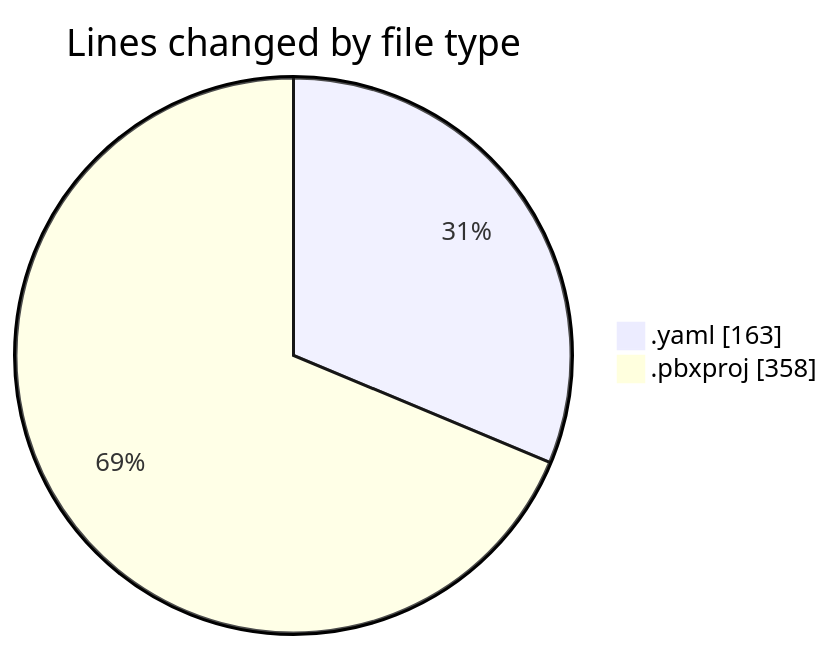
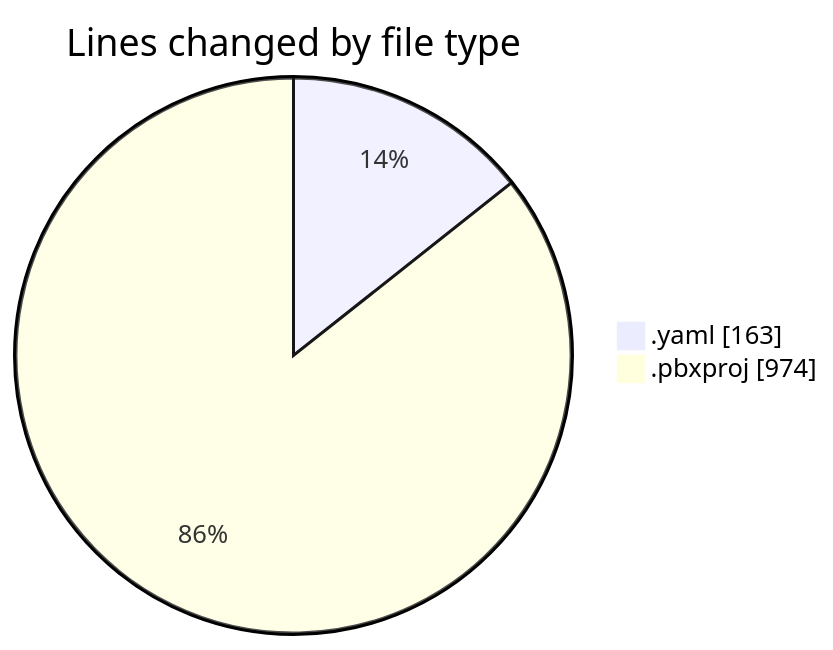
The first of 2 diagrams in 2025-08-11/studybuddy/README.md (lephambinh05/code-tracking), drawn with Mermaid before and after one commit. The commit also changed other lines of this file and 1 other file, not shown here.

````diff
--- a/2025-08-11/studybuddy/README.md
+++ b/2025-08-11/studybuddy/README.md
@@ -21,6 +21,6 @@
 ```mermaid
 pie showData
 title Lines changed by file type
 ".yaml" : 163
-".pbxproj" : 358
+".pbxproj" : 974
 ```
````
